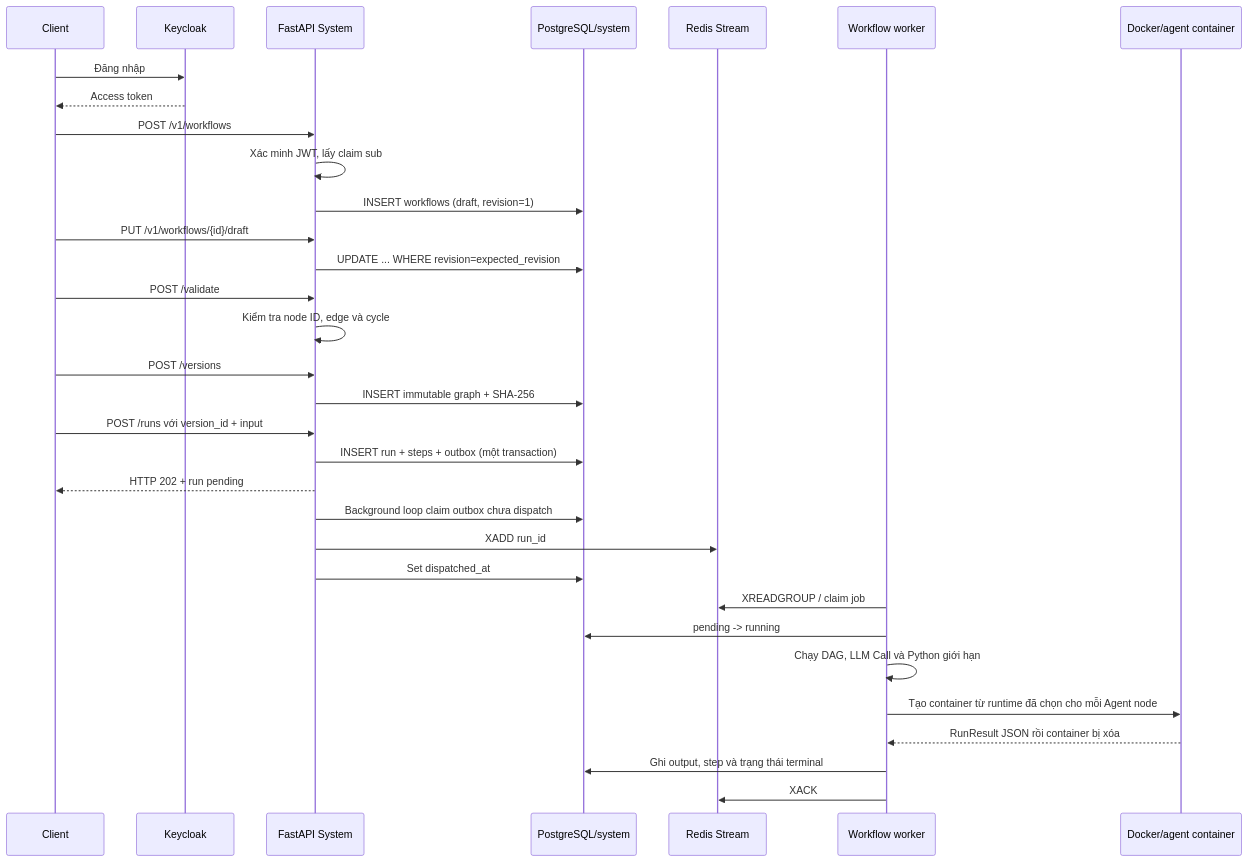
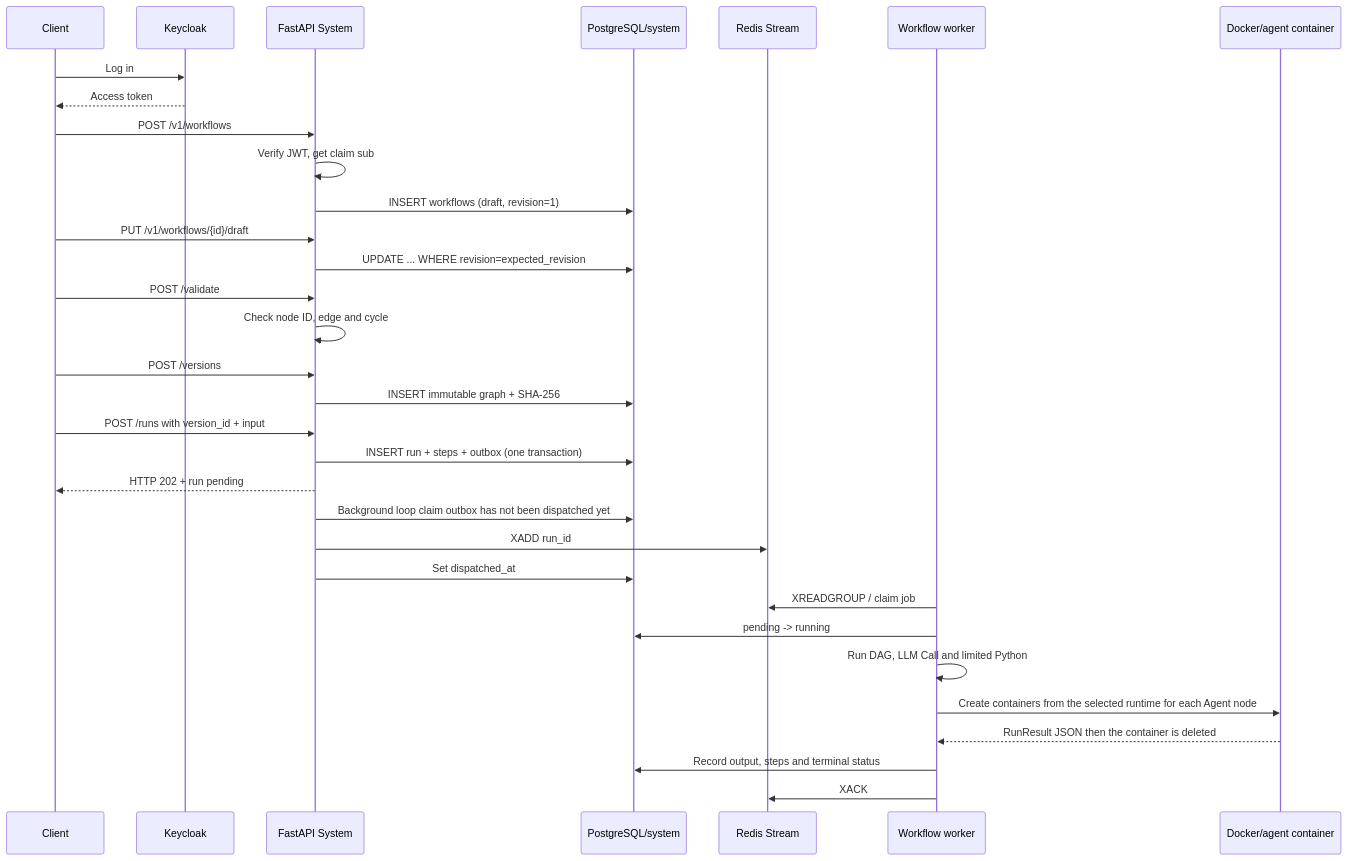
The second of 3 diagrams in docs/workflow-execution.md (ndthangit/AgentFlow), drawn with Mermaid before and after one commit. The commit also changed other lines of this file and 39 other files, not shown here.

````diff
--- a/docs/workflow-execution.md
+++ b/docs/workflow-execution.md
@@ -89,35 +89,35 @@
 ```mermaid
 sequenceDiagram
     participant C as Client
     participant K as Keycloak
     participant A as FastAPI System
     participant P as PostgreSQL/system
     participant R as Redis Stream
     participant W as Workflow worker
     participant D as Docker/agent container
 
-    C->>K: Đăng nhập
+    C->>K: Log in
     K-->>C: Access token
     C->>A: POST /v1/workflows
-    A->>A: Xác minh JWT, lấy claim sub
+    A->>A: Verify JWT, get claim sub
     A->>P: INSERT workflows (draft, revision=1)
     C->>A: PUT /v1/workflows/{id}/draft
     A->>P: UPDATE ... WHERE revision=expected_revision
     C->>A: POST /validate
-    A->>A: Kiểm tra node ID, edge và cycle
+    A->>A: Check node ID, edge and cycle
     C->>A: POST /versions
     A->>P: INSERT immutable graph + SHA-256
-    C->>A: POST /runs với version_id + input
-    A->>P: INSERT run + steps + outbox (một transaction)
+    C->>A: POST /runs with version_id + input
+    A->>P: INSERT run + steps + outbox (one transaction)
     A-->>C: HTTP 202 + run pending
-    A->>P: Background loop claim outbox chưa dispatch
+    A->>P: Background loop claim outbox has not been dispatched yet
     A->>R: XADD run_id
     A->>P: Set dispatched_at
     W->>R: XREADGROUP / claim job
     W->>P: pending -> running
-    W->>W: Chạy DAG, LLM Call và Python giới hạn
-    W->>D: Tạo container từ runtime đã chọn cho mỗi Agent node
-    D-->>W: RunResult JSON rồi container bị xóa
-    W->>P: Ghi output, step và trạng thái terminal
+    W->>W: Run DAG, LLM Call and limited Python
+    W->>D: Create containers from the selected runtime for each Agent node
+    D-->>W: RunResult JSON then the container is deleted
+    W->>P: Record output, steps and terminal status
     W->>R: XACK
 ```
````
